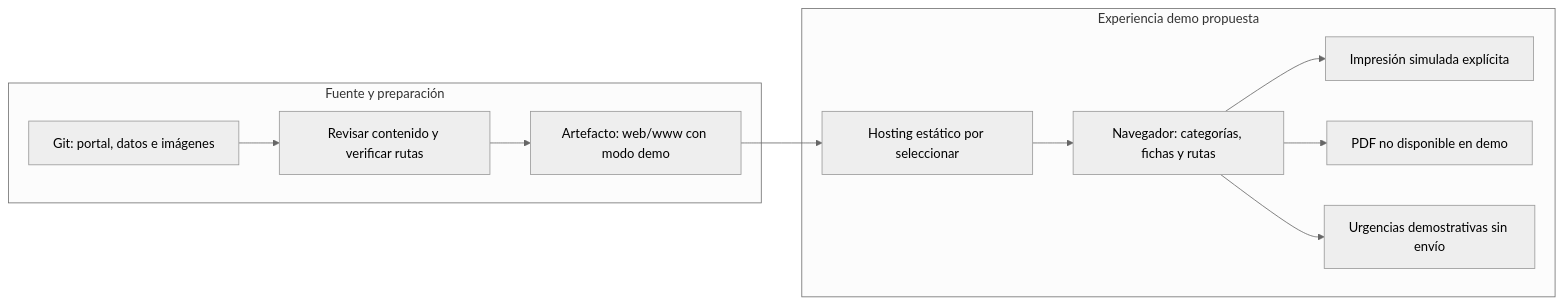
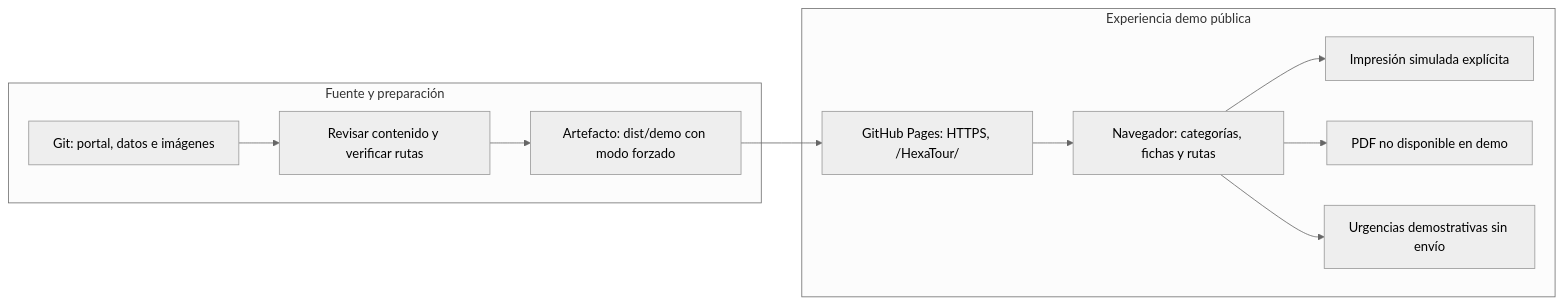
One commit to NicoCG32/HexaTour changed the fourth of 5 diagrams in docs/Arquitectura.md. Above: the diagram before and after it, drawn with Mermaid (neutral theme). The commit also changed other lines of this file and 5 other files, not shown here.

Commit message:
Demo publicada en GitHub Pages y documentación de la versión verificada

````diff
--- a/docs/Arquitectura.md
+++ b/docs/Arquitectura.md
@@ -115,14 +115,14 @@
 ```mermaid
 flowchart LR
     subgraph Fuente["Fuente y preparación"]
         G["Git: portal, datos e imágenes"] --> V["Revisar contenido y verificar rutas"]
-        V --> D["Artefacto: web/www con modo demo"]
+        V --> D["Artefacto: dist/demo con modo forzado"]
     end
-    D --> H["Hosting estático por seleccionar"]
-    subgraph Publico["Experiencia demo propuesta"]
+    D --> H["GitHub Pages: HTTPS, /HexaTour/"]
+    subgraph Publico["Experiencia demo pública"]
         H --> B["Navegador: categorías, fichas y rutas"]
         B --> I["Impresión simulada explícita"]
         B --> P["PDF no disponible en demo"]
         B --> A["Urgencias demostrativas sin envío"]
     end
 ```
````
